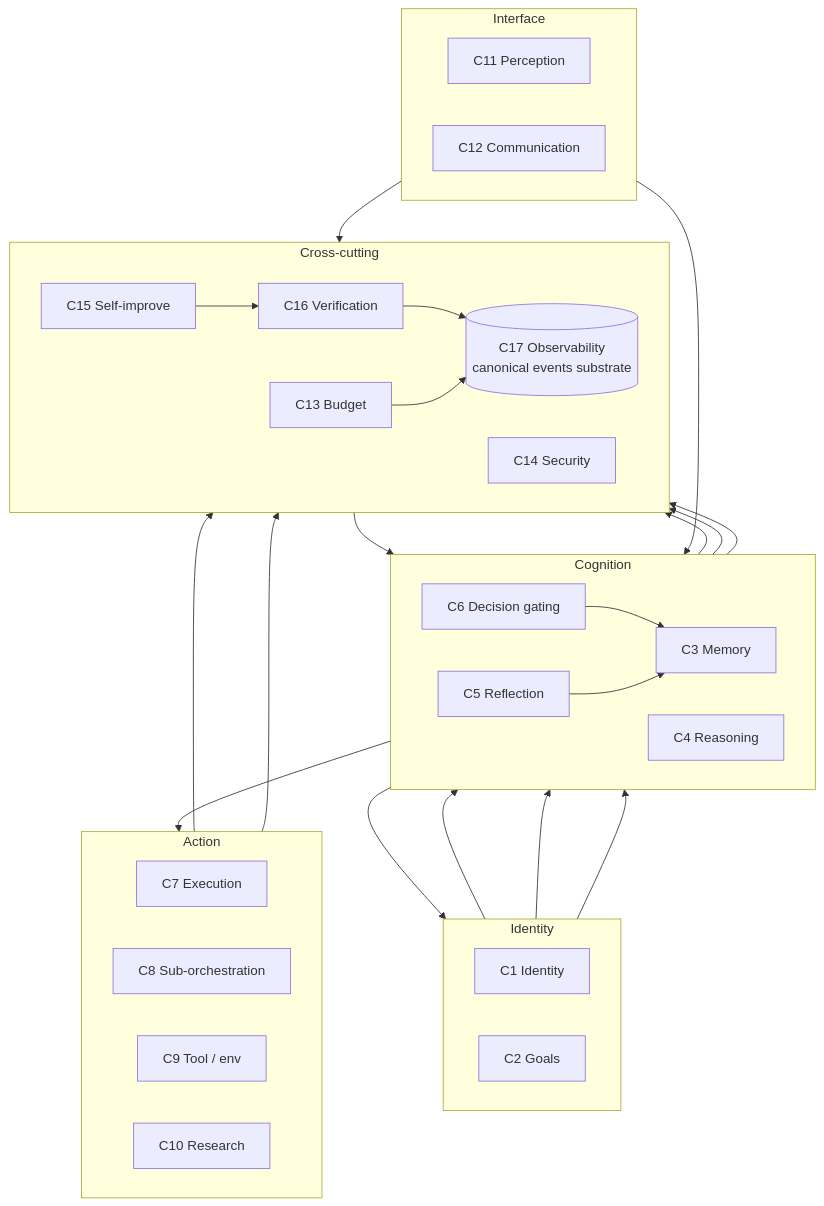
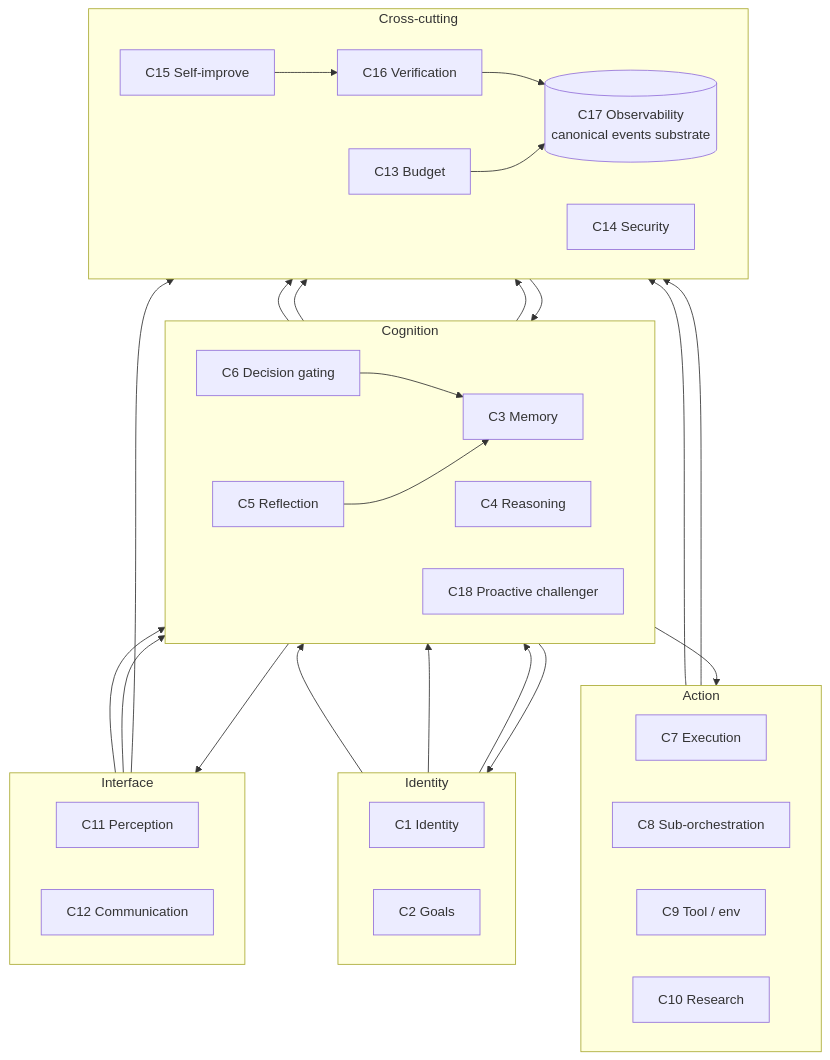
One commit to Osasuwu/jarvis changed the third of 4 diagrams in docs/design/jarvis-architecture-c4.md. Above: the diagram before and after it, drawn with Mermaid. The commit also changed other lines of this file and 19 other files, not shown here.

````diff
--- a/docs/design/jarvis-architecture-c4.md
+++ b/docs/design/jarvis-architecture-c4.md
@@ -100,58 +100,61 @@
 ```mermaid
 flowchart TB
     subgraph IDENT[Identity]
         direction LR
         c1[C1 Identity]
         c2[C2 Goals]
     end
 
     subgraph COG[Cognition]
         direction LR
         c3[C3 Memory]
         c4[C4 Reasoning]
         c5[C5 Reflection]
         c6[C6 Decision gating]
+        c18[C18 Proactive challenger]
     end
 
     subgraph ACT[Action]
         direction LR
         c7[C7 Execution]
         c8[C8 Sub-orchestration]
         c9[C9 Tool / env]
         c10[C10 Research]
     end
 
     subgraph IFACE[Interface]
         direction LR
         c11[C11 Perception]
         c12[C12 Communication]
     end
 
     subgraph CROSS[Cross-cutting]
         direction LR
         c13[C13 Budget]
         c14[C14 Security]
         c15[C15 Self-improve]
         c16[C16 Verification]
         c17[(C17 Observability<br/>canonical events substrate)]
     end
 
     c1 --> c6
     c2 --> c5
     c2 --> c6
     c5 --> c2
     c11 --> c17
+    c11 --> c18
     c6 --> c17
     c6 --> c3
     c5 --> c17
     c5 --> c3
     c4 --> c10
     c4 --> c17
     c8 --> c17
     c9 --> c17
     c16 --> c17
     c16 --> c5
     c15 --> c16
     c13 --> c17
     c12 --> c6
+    c18 --> c12
 ```
````
